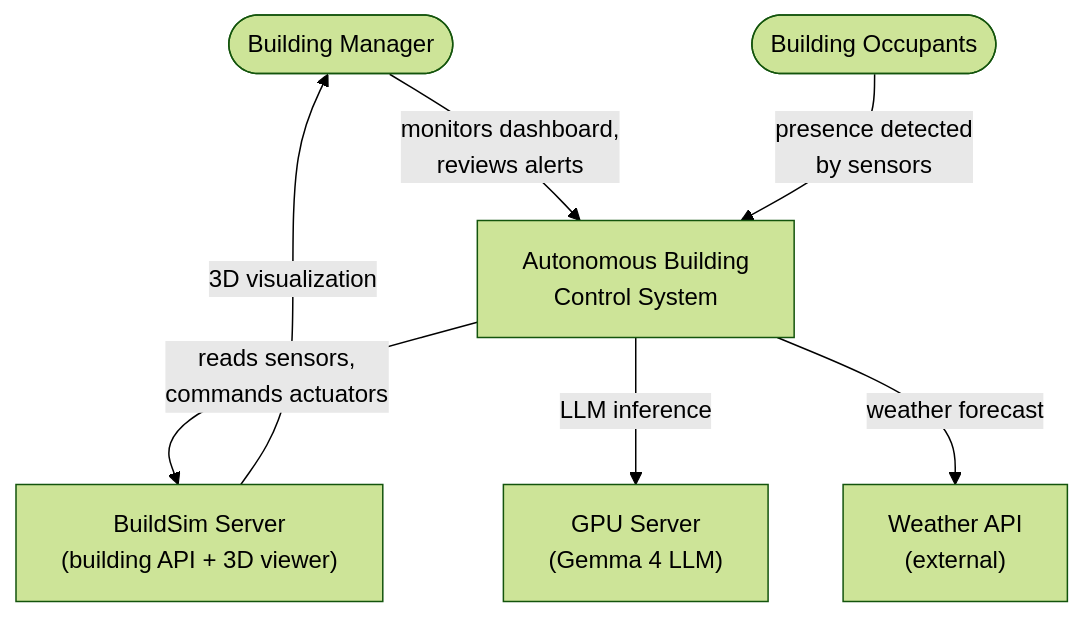
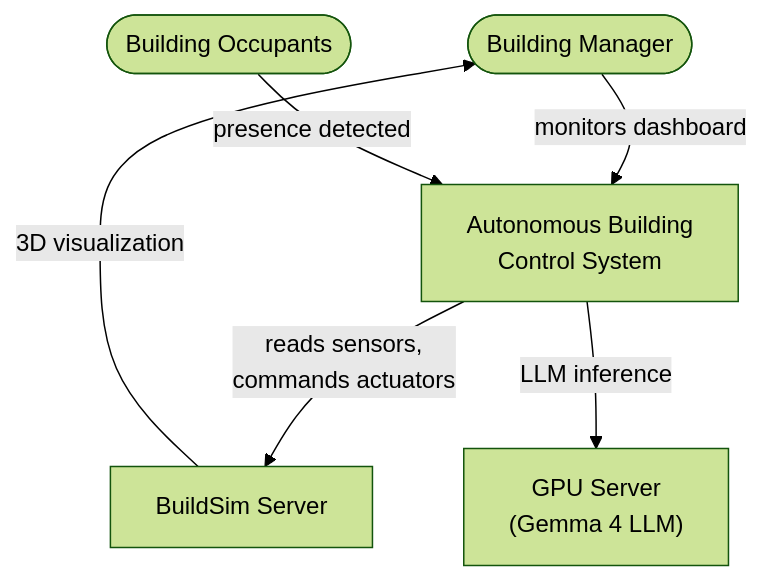
Before and after one commit to eislab-cps/D7065E: the second of 7 diagrams in lectures/lecture-0-introduction.md, drawn with Mermaid (forest theme). The commit also changed other lines of this file, not shown here.

Commit message:
Restructure lecture 0: cleaner flow, viewpoints, less AI-generated style

````diff
--- a/lectures/lecture-0-introduction.md
+++ b/lectures/lecture-0-introduction.md
@@ -191,18 +176,14 @@
 ```mermaid
 graph TB
     BM([Building Manager])
     OCC([Building Occupants])
+    SYS["Autonomous Building\nControl System"]
+    BS["BuildSim Server"]
+    GPU["GPU Server\n(Gemma 4 LLM)"]
     
-    SYS["Autonomous Building\nControl System"]
-    
-    BS["BuildSim Server\n(building API + 3D viewer)"]
-    GPU["GPU Server\n(Gemma 4 LLM)"]
-    WX["Weather API\n(external)"]
-    
-    BM -->|monitors dashboard,\nreviews alerts| SYS
-    OCC -->|presence detected\nby sensors| SYS
+    BM -->|monitors dashboard| SYS
+    OCC -->|presence detected| SYS
     SYS -->|reads sensors,\ncommands actuators| BS
     SYS -->|LLM inference| GPU
-    SYS -->|weather forecast| WX
     BS -->|3D visualization| BM
 ```
````
